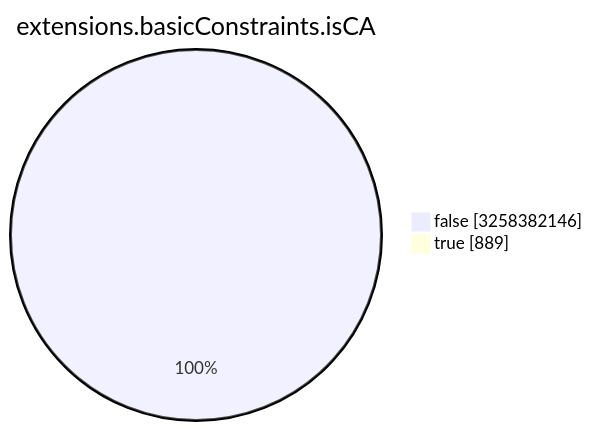
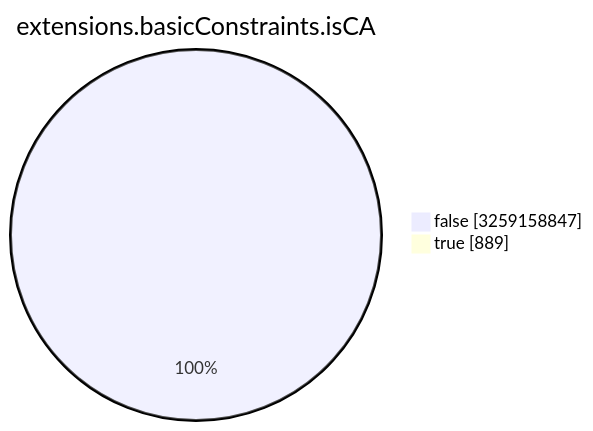
Before and after one commit to christiankrug/ctmonitor_visualization: the seventh of 15 diagrams in TOTAL/README.md, drawn with Mermaid. The commit also changed other lines of this file, not shown here.

````diff
--- a/TOTAL/README.md
+++ b/TOTAL/README.md
@@ -3088,6 +3088,6 @@
 ```mermaid
 pie showData
 title extensions.basicConstraints.isCA
-"false" :3258382146
+"false" :3259158847
 "true" :889
 ```
````
